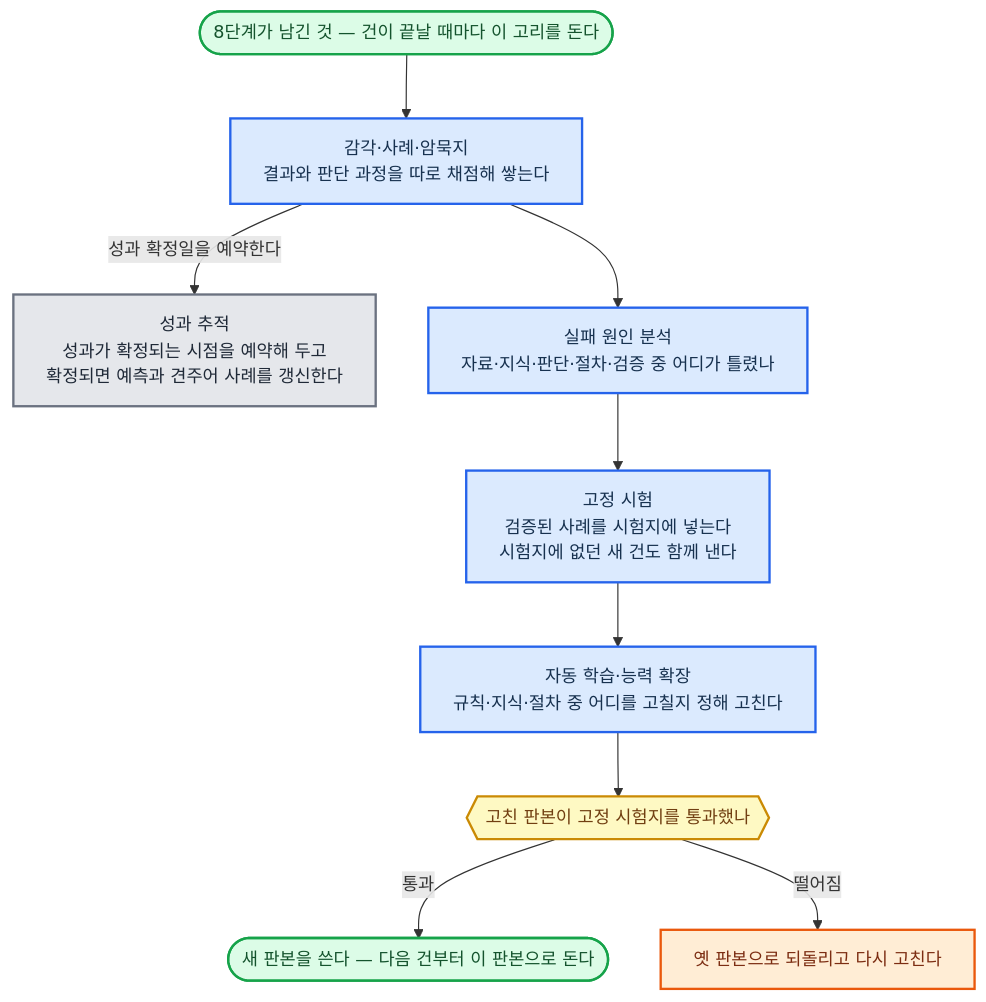
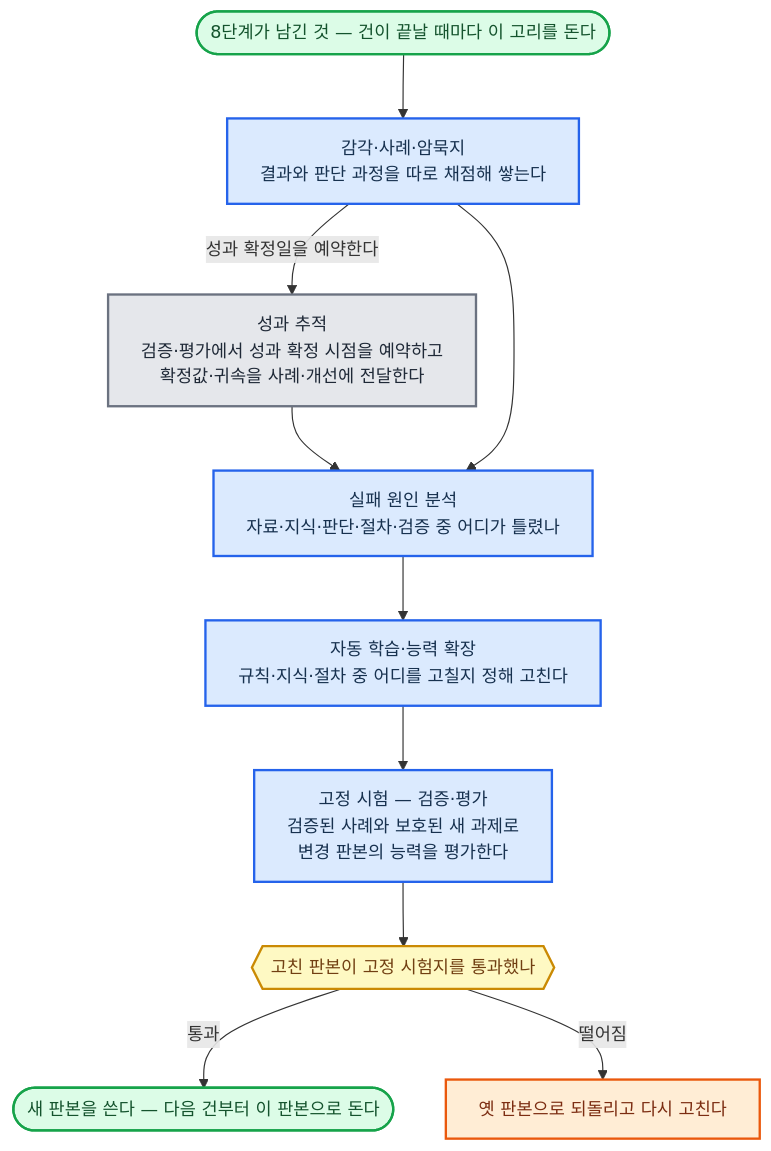
Diagram 17 of 43 in 전문가 에이전트 정의 2.md (harisbaguette/expert), drawn with Mermaid before and after one commit. The commit also changed other lines of this file and 41 other files, not shown here.

````diff
--- a/전문가 에이전트 정의 2.md
+++ b/전문가 에이전트 정의 2.md
@@ -2807,24 +2967,25 @@
 ```mermaid
 %%{init: {"flowchart": {"wrappingWidth": 640, "curve": "basis", "nodeSpacing": 45, "rankSpacing": 55, "padding": 14, "useMaxWidth": true}, "themeVariables": {"fontSize": "15px"}} }%%
 flowchart TB
     IN(["8단계가 남긴 것 — 건이 끝날 때마다 이 고리를 돈다"]):::good
     L1["감각·사례·암묵지<br/>결과와 판단 과정을 따로 채점해 쌓는다"]:::main
-    MT["성과 추적<br/>성과가 확정되는 시점을 예약해 두고<br/>확정되면 예측과 견주어 사례를 갱신한다"]:::store
+    MT["성과 추적<br/>검증·평가에서 성과 확정 시점을 예약하고<br/>확정값·귀속을 사례·개선에 전달한다"]:::store
     L2["실패 원인 분석<br/>자료·지식·판단·절차·검증 중 어디가 틀렸나"]:::main
-    L3["고정 시험<br/>검증된 사례를 시험지에 넣는다<br/>시험지에 없던 새 건도 함께 낸다"]:::main
+    L3["고정 시험 — 검증·평가<br/>검증된 사례와 보호된 새 과제로<br/>변경 판본의 능력을 평가한다"]:::main
     L4["자동 학습·능력 확장<br/>규칙·지식·절차 중 어디를 고칠지 정해 고친다"]:::main
     GATE{{"고친 판본이 고정 시험지를 통과했나"}}:::note
     KEEP(["새 판본을 쓴다 — 다음 건부터 이 판본으로 돈다"]):::good
     ROLL["옛 판본으로 되돌리고 다시 고친다"]:::back
     IN --> L1
     L1 -- "성과 확정일을 예약한다" --> MT
-    L1 --> L2 --> L3 --> L4 --> GATE
+    MT --> L2
+    L1 --> L2 --> L4 --> L3 --> GATE
     GATE -- "통과" --> KEEP
     GATE -- "떨어짐" --> ROLL
     classDef main fill:#dbeafe,stroke:#2563eb,stroke-width:2px,color:#17314f
     classDef stop fill:#fee2e2,stroke:#dc2626,stroke-width:2px,color:#7f1d1d
     classDef back fill:#ffedd5,stroke:#ea580c,stroke-width:2px,color:#7c2d12
     classDef store fill:#e5e7eb,stroke:#6b7280,stroke-width:2px,color:#1f2937
     classDef good fill:#dcfce7,stroke:#16a34a,stroke-width:2px,color:#14532d
     classDef note fill:#fef9c3,stroke:#ca8a04,stroke-width:2px,color:#713f12
 ```
````
